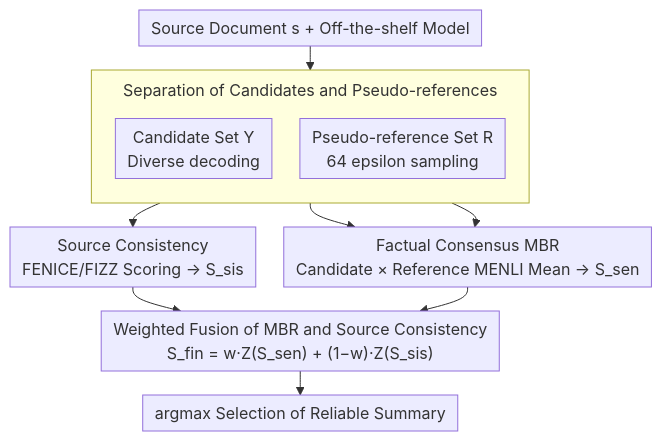
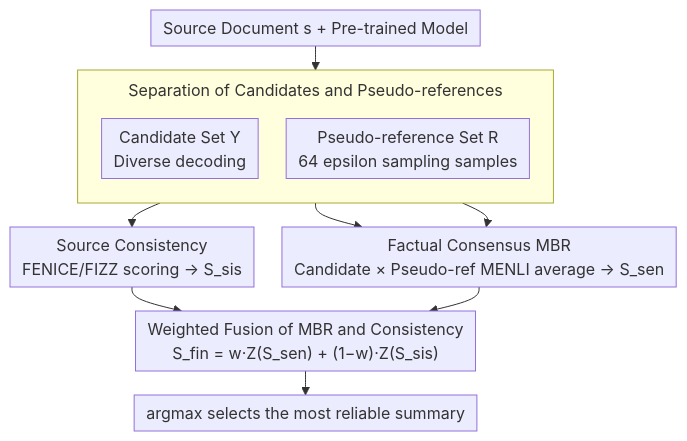
The diagram in docs/ACL2026/information_retrieval/enhancing_factuality_through_consensus_and_consistency_in_summarization_using_mi.md (zhaoyang97/Paper-Notes-en), drawn with Mermaid before and after one commit. The commit also changed other lines of this file and 5084 other files, not shown here.

````diff
--- a/docs/ACL2026/information_retrieval/enhancing_factuality_through_consensus_and_consistency_in_summarization_using_mi.md
+++ b/docs/ACL2026/information_retrieval/enhancing_factuality_through_consensus_and_consistency_in_summarization_using_mi.md
@@ -44,17 +44,17 @@
 ```mermaid
 %%{init: {'flowchart': {'rankSpacing': 24, 'nodeSpacing': 28, 'padding': 6, 'wrappingWidth': 400, 'subGraphTitleMargin': {'top': 8, 'bottom': 16}}}}%%
 flowchart TD
-    S["Source Document s + Off-the-shelf Model"]
+    S["Source Document s + Pre-trained Model"]
     subgraph SEP["Separation of Candidates and Pseudo-references"]
         direction TB
         Y["Candidate Set Y<br/>Diverse decoding"]
-        R["Pseudo-reference Set R<br/>64 epsilon sampling"]
+        R["Pseudo-reference Set R<br/>64 epsilon sampling samples"]
     end
     S --> SEP
-    Y --> SIS["Source Consistency<br/>FENICE/FIZZ Scoring → S_sis"]
-    Y --> SEN["Factual Consensus MBR<br/>Candidate × Reference MENLI Mean → S_sen"]
+    Y --> SIS["Source Consistency<br/>FENICE/FIZZ scoring → S_sis"]
+    Y --> SEN["Factual Consensus MBR<br/>Candidate × Pseudo-ref MENLI average → S_sen"]
     R --> SEN
-    SIS --> FUSE["Weighted Fusion of MBR and Source Consistency<br/>S_fin = w·Z(S_sen) + (1−w)·Z(S_sis)"]
+    SIS --> FUSE["Weighted Fusion of MBR and Consistency<br/>S_fin = w·Z(S_sen) + (1−w)·Z(S_sis)"]
     SEN --> FUSE
-    FUSE --> OUT["argmax Selection of Reliable Summary"]
+    FUSE --> OUT["argmax selects the most reliable summary"]
 ```
````
